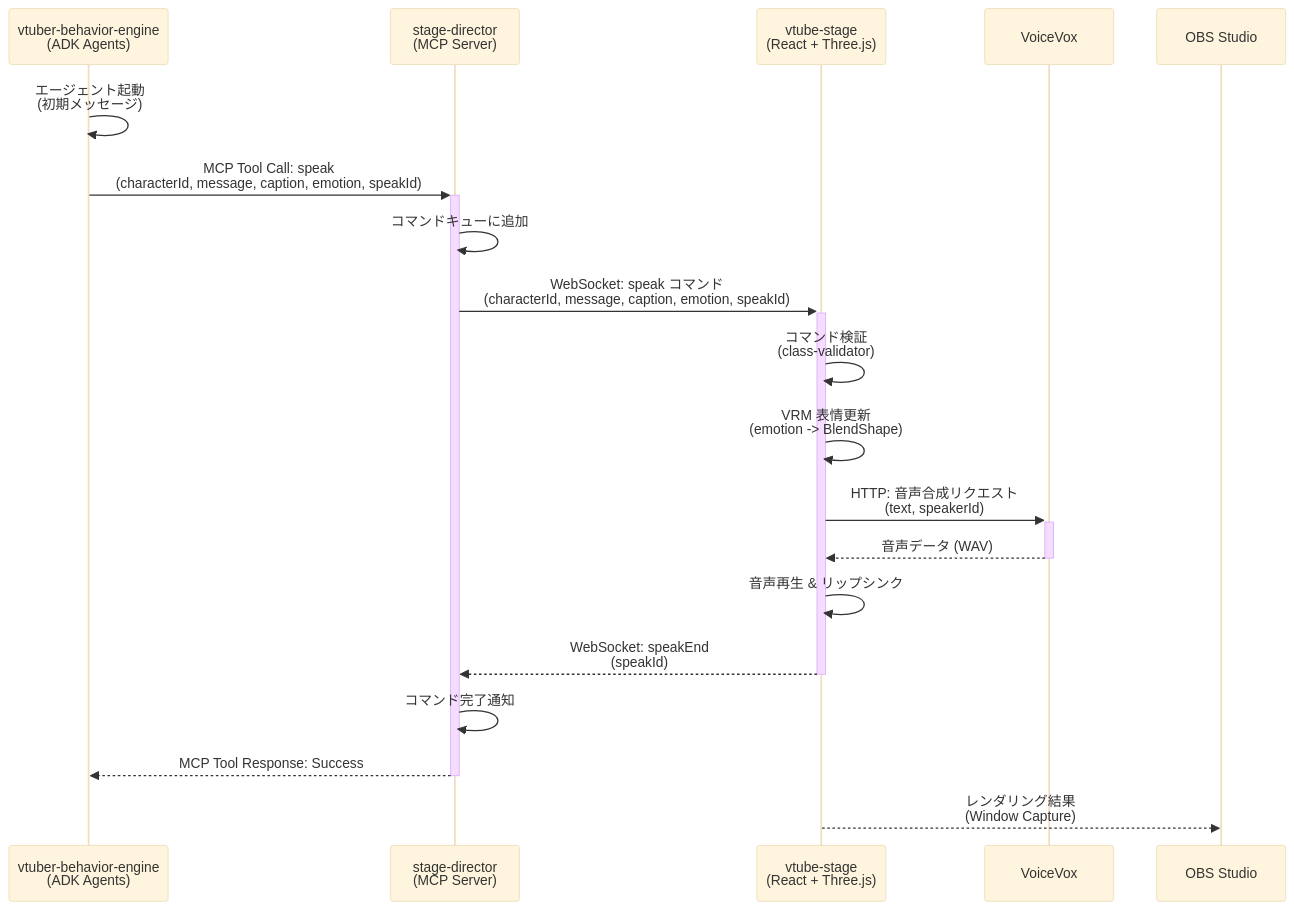
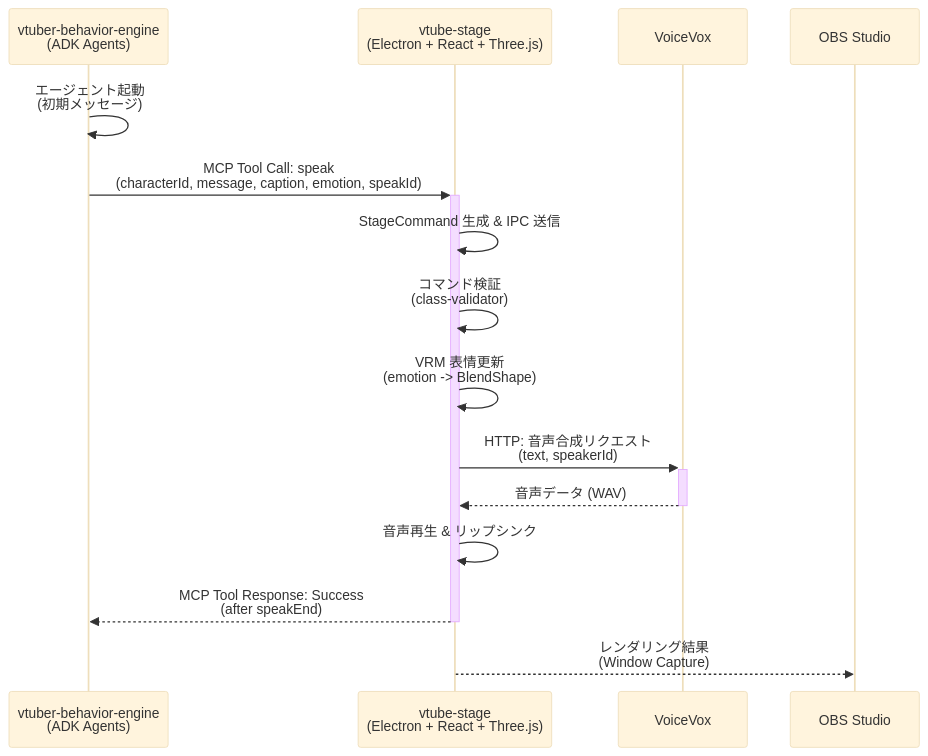
One commit to LongbowXXX/ai-tuber changed the first of 3 diagrams in docs/architecture/key-flows.md. Above: the diagram before and after it, drawn with Mermaid (base theme). The commit also changed other lines of this file and 117 other files, not shown here.

Commit message:
feat: replace stage director with electron stage

````diff
--- a/docs/architecture/key-flows.md
+++ b/docs/architecture/key-flows.md
@@ -40,22 +37,18 @@
 ```mermaid
 sequenceDiagram
     participant VBE as vtuber-behavior-engine<br/>(ADK Agents)
-    participant SD as stage-director<br/>(MCP Server)
-    participant VS as vtube-stage<br/>(React + Three.js)
+    participant VS as vtube-stage<br/>(Electron + React + Three.js)
     participant VV as VoiceVox
     participant OBS as OBS Studio
 
     VBE ->> VBE: エージェント起動<br/>(初期メッセージ)
-    VBE ->>+ SD: MCP Tool Call: speak<br/>(characterId, message, caption, emotion, speakId)
-    SD ->> SD: コマンドキューに追加
-    SD ->>+ VS: WebSocket: speak コマンド<br/>(characterId, message, caption, emotion, speakId)
+    VBE ->>+ VS: MCP Tool Call: speak<br/>(characterId, message, caption, emotion, speakId)
+    VS ->> VS: StageCommand 生成 & IPC 送信
     VS ->> VS: コマンド検証<br/>(class-validator)
     VS ->> VS: VRM 表情更新<br/>(emotion -> BlendShape)
     VS ->>+ VV: HTTP: 音声合成リクエスト<br/>(text, speakerId)
     VV -->>- VS: 音声データ (WAV)
     VS ->> VS: 音声再生 & リップシンク
-    VS -->>- SD: WebSocket: speakEnd<br/>(speakId)
-    SD ->> SD: コマンド完了通知
-    SD -->>- VBE: MCP Tool Response: Success
+    VS -->>- VBE: MCP Tool Response: Success<br/>(after speakEnd)
     VS -->> OBS: レンダリング結果<br/>(Window Capture)
 ```
````
